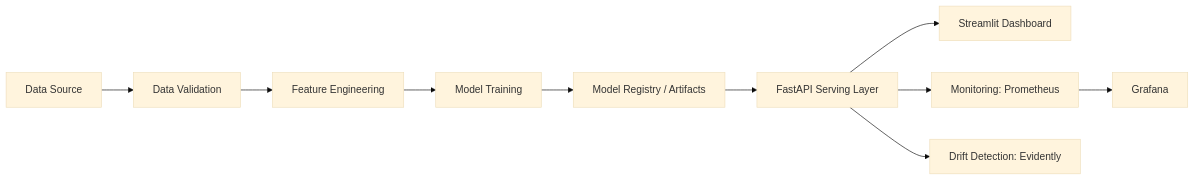
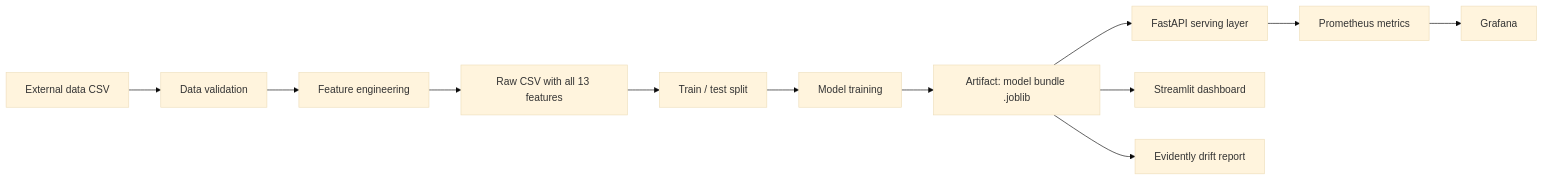
The diagram in README.md (shivam-rane/Subscription-renewal-prediction), drawn with Mermaid (base theme) before and after one commit. The commit also changed other lines of this file and 9 other files, not shown here.

Commit message:
Update model, dashboard and monitoring pipeline

````diff
--- a/README.md
+++ b/README.md
@@ -61,12 +84,14 @@
 ```mermaid
 flowchart LR
-    A[Data Source] --> B[Data Validation]
-    B --> C[Feature Engineering]
-    C --> D[Model Training]
-    D --> E[Model Registry / Artifacts]
-    E --> F[FastAPI Serving Layer]
-    F --> G[Streamlit Dashboard]
-    F --> H[Monitoring: Prometheus]
-    H --> I[Grafana]
-    F --> J[Drift Detection: Evidently]
+    A[External data CSV] --> B[Data validation]
+    B --> C[Feature engineering]
+    C --> D[Raw CSV with all 13 features]
+    D --> E[Train / test split]
+    E --> F[Model training]
+    F --> G[Artifact: model bundle .joblib]
+    G --> H[FastAPI serving layer]
+    G --> I[Streamlit dashboard]
+    H --> J[Prometheus metrics]
+    J --> K[Grafana]
+    G --> L[Evidently drift report]
 ```
````
